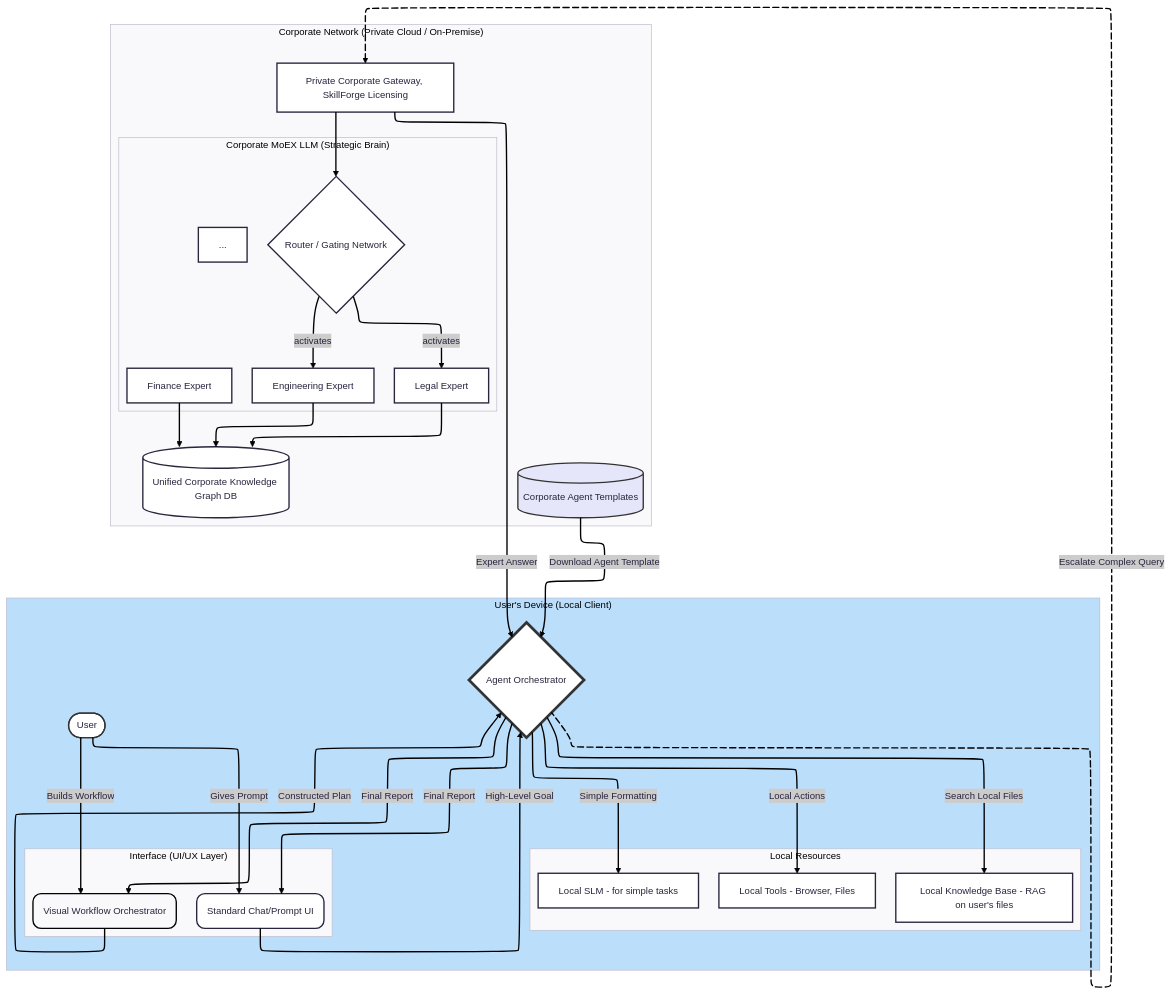
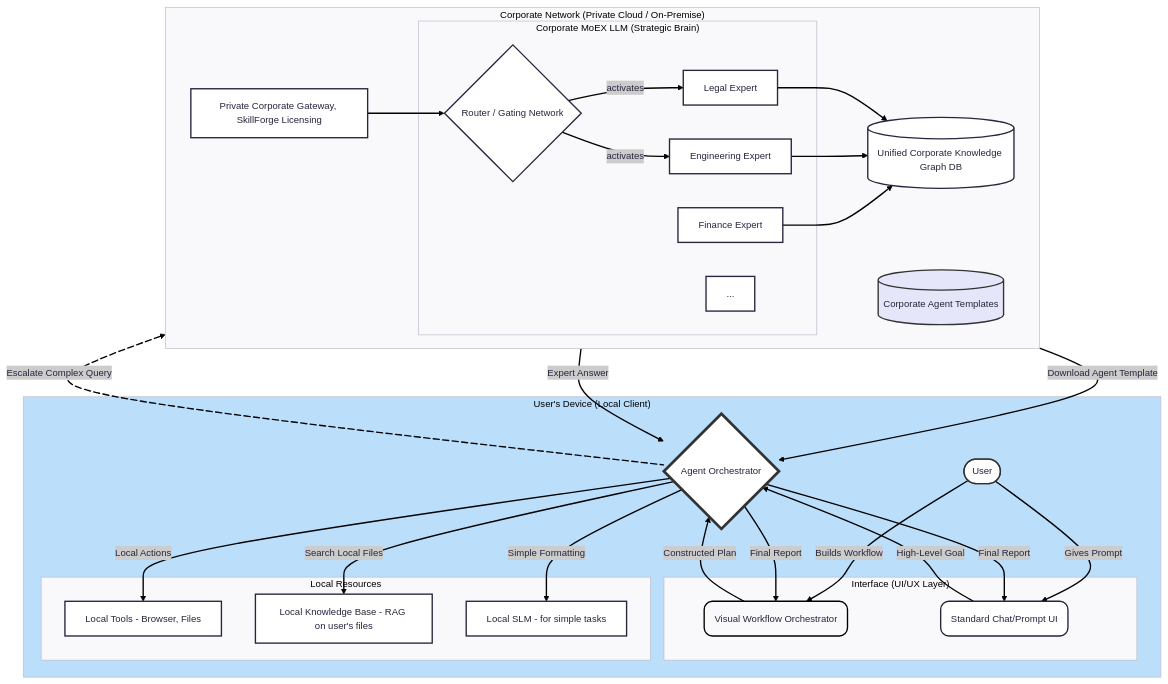
The second of 2 diagrams in membria/client.md (actiquest-dev/actiquest.github.io), drawn with Mermaid before and after one commit.

````diff
--- a/membria/client.md
+++ b/membria/client.md
@@ -512,65 +512,65 @@
 ```mermaid
 ---
 config:
   theme: redux
-  layout: elk
+  layout: fixed
 ---
 flowchart TD
  subgraph subGraph0["Corporate MoEX LLM (Strategic Brain)"]
         Router{"Router / Gating Network"}
         Expert_Legal["Legal Expert"]
         Expert_Eng["Engineering Expert"]
         Expert_Finance["Finance Expert"]
         Expert_Etc["..."]
   end
  subgraph subGraph1["Corporate Network (Private Cloud / On-Premise)"]
     direction LR
         Templates[("Corporate Agent Templates")]
         Gateway["Private Corporate Gateway, SkillForge Licensing"]
         subGraph0
         CKG[("Unified Corporate Knowledge Graph DB")]
   end
  subgraph subGraph2["Interface (UI/UX Layer)"]
         VWO["Visual Workflow Orchestrator"]
         Chat["Standard Chat/Prompt UI"]
   end
  subgraph subGraph3["Local Resources"]
         LocalTools["Local Tools - Browser, Files"]
         LocalRAG@{ label: "Local Knowledge Base - RAG on user's files" }
         LocalSLM["Local SLM - for simple tasks"]
   end
  subgraph subGraph4["User's Device (Local Client)"]
         User(["User"])
         subGraph2
         Orchestrator["Agent Orchestrator"]
         subGraph3
   end
     Router -- activates --> Expert_Legal & Expert_Eng
     Gateway --> Router
     Expert_Legal --> CKG
     Expert_Eng --> CKG
     Expert_Finance --> CKG
     User -- Builds Workflow --> VWO
     User -- Gives Prompt --> Chat
     VWO -- Constructed Plan --> Orchestrator
     Chat -- "High-Level Goal" --> Orchestrator
     Orchestrator -- Local Actions --> LocalTools
     Orchestrator -- Search Local Files --> LocalRAG
     Orchestrator -- Simple Formatting --> LocalSLM
     Templates -- Download Agent Template --> Orchestrator
     Orchestrator L_Orchestrator_Gateway_0@-- Escalate Complex Query --> Gateway
     Gateway -- Expert Answer --> Orchestrator
     Orchestrator -- Final Report --> VWO & Chat
     VWO@{ shape: rounded}
     Chat@{ shape: rounded}
     LocalRAG@{ shape: rect}
     Orchestrator@{ shape: diam}
      VWO:::Class_01
     classDef Class_01 stroke-width:2px, stroke-dasharray: 0, fill:#ffff
     style Templates fill:#e6e6fa,stroke:#333,stroke-width:2px
     style VWO fill:transparent,stroke:#000000,stroke-width:2px
     style User fill:#FFFFFF,stroke:#333,stroke-width:2px
     style Orchestrator fill:#FFFFFF,stroke:#333,stroke-width:4px
     style subGraph4 fill:#BBDEFB
     L_Orchestrator_Gateway_0@{ animation: slow }
 ```
````
